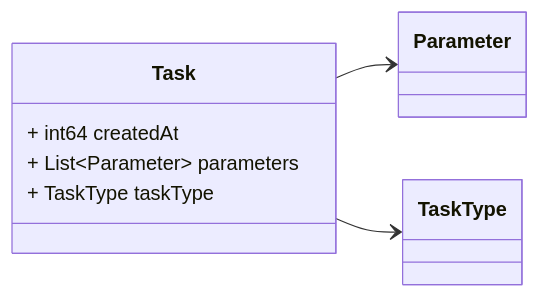
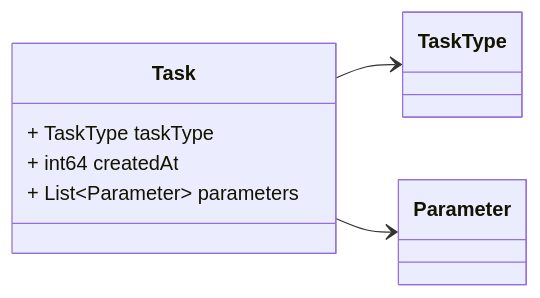
Before and after one commit to zaphiro-technologies/protobuf: the fourth of 5 diagrams in docs/task.proto.md, drawn with Mermaid. The commit also changed other lines of this file and 12 other files, not shown here.

First line of the commit message:
Replace custom proto-gen-md-diagrams with official one (#50)

````diff
--- a/docs/task.proto.md
+++ b/docs/task.proto.md
@@ -110,22 +110,22 @@
 ```mermaid
 classDiagram
 direction LR
 
 %% A task message.
 %% Headers used in rabbitMQ:
 %% * `id` (string): id of the `Task`
 %% * `type` (string): always `Task`
 %% * `producerId` (string): the id of the producer (e.g. a PMU) linked to the notification.
 %% * `timestampId` (int64): related measurement Unix msec timestamp (if any)
 %% * `taskType` (int8): The textual representation of the task type.
 %% 
 
 class Task {
+  + TaskType taskType
   + int64 createdAt
   + List~Parameter~ parameters
-  + TaskType taskType
 }
+Task --> `TaskType`
 Task --> `Parameter`
-Task --> `TaskType`
 
 ```
````
